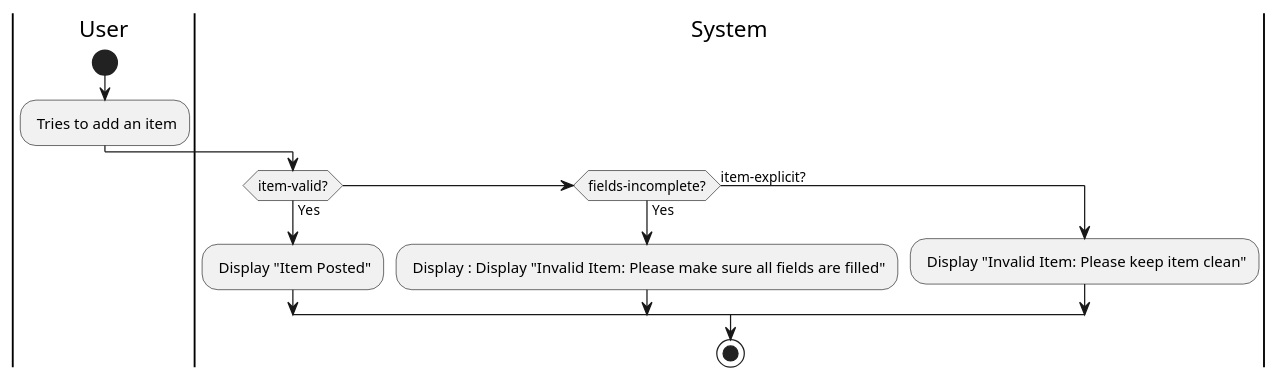
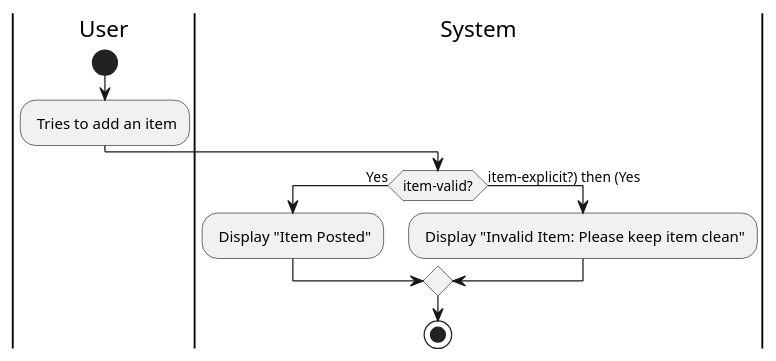
Before and after one commit to remyben-creator/Marketplace-Application: the diagram in IntelliJ/Doc/use-cases/subfunctions/is-Banned-subfunc.md, drawn with PlantUML. The commit also changed 7 other files, not shown here.

Commit message:
use case diagrams finalized

````diff
--- a/IntelliJ/Doc/use-cases/subfunctions/is-Banned-subfunc.md
+++ b/IntelliJ/Doc/use-cases/subfunctions/is-Banned-subfunc.md
@@ -1,15 +1,13 @@
 ```plantuml
 |User|
 start
 : Tries to add an item;
 |System|
 if (item-valid?) then (Yes)
 : Display "Item Posted";
-elseif (fields-incomplete?) then (Yes)
-: Display : Display "Invalid Item: Please make sure all fields are filled";
-else (item-explicit?) 
+else (item-explicit?) then (Yes)
 : Display "Invalid Item: Please keep item clean";
 endif
 stop
 @enduml
 ```
````
